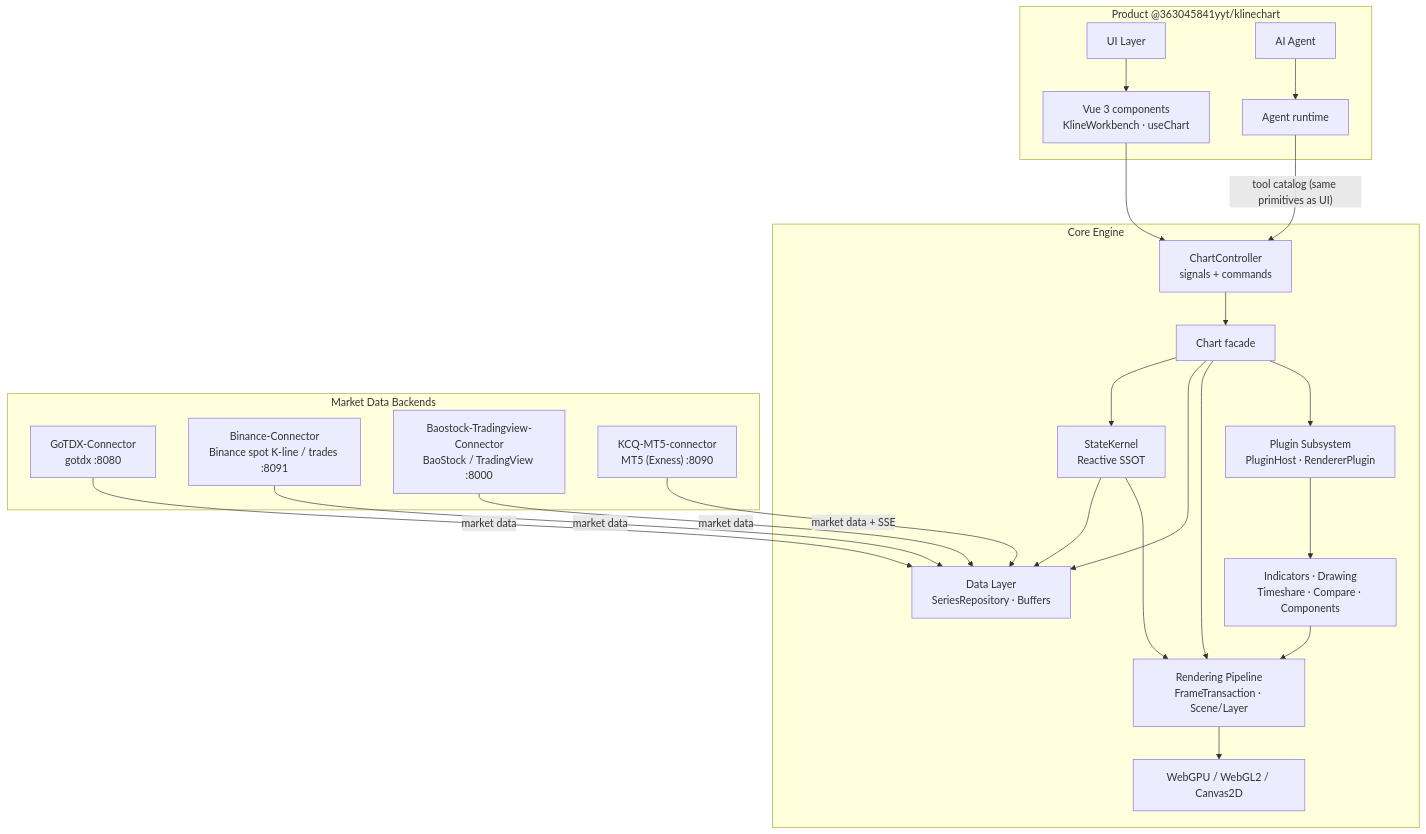
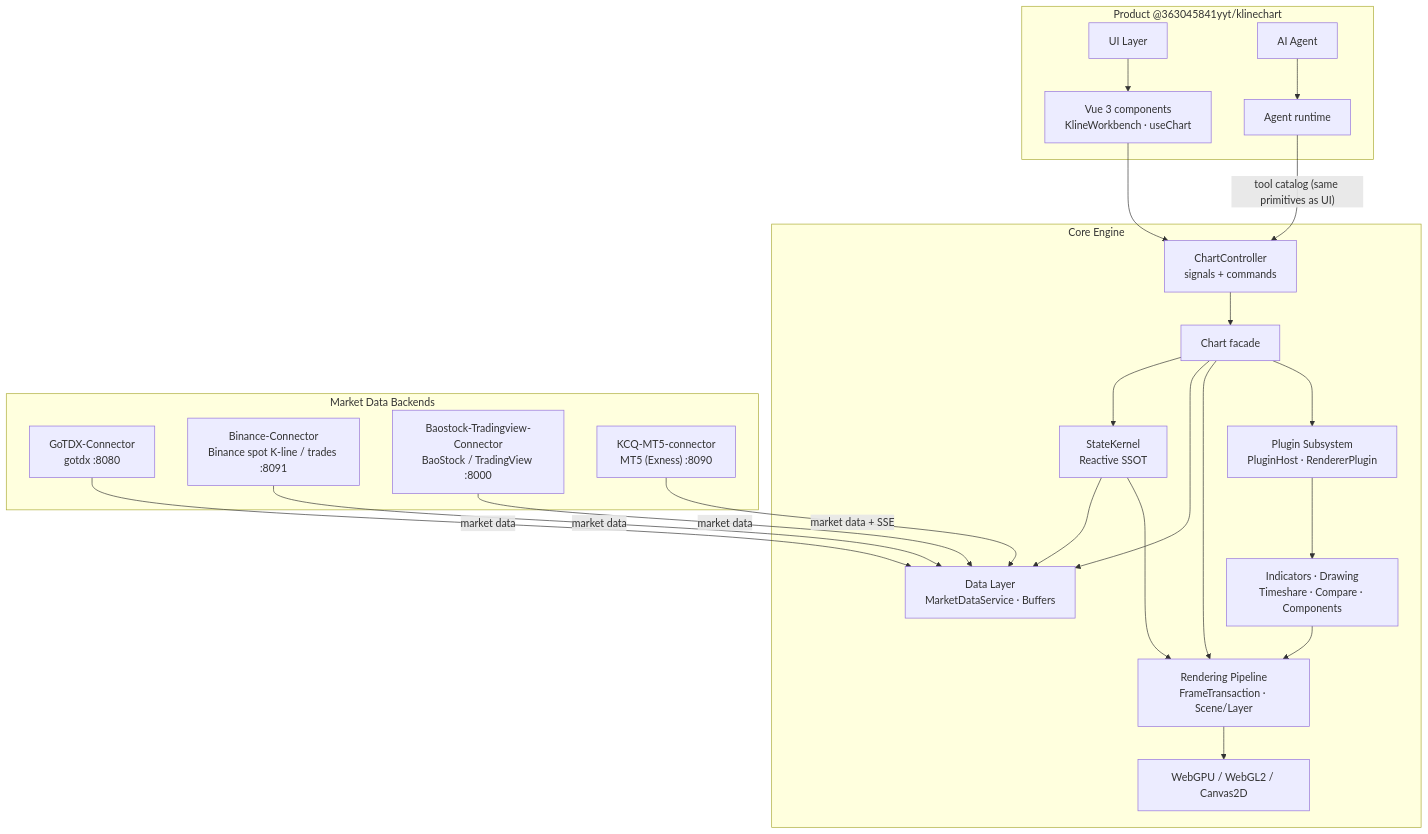
Before and after one commit to 363045841/KLineChartQuant: the diagram in README.md, drawn with Mermaid. The commit also changed other lines of this file and 152 other files, not shown here.

````diff
--- a/README.md
+++ b/README.md
@@ -87,46 +87,46 @@
 ```mermaid
 flowchart TB
     subgraph app["Product @363045841yyt/klinechart"]
         UI["UI Layer"]
         VuePkg["Vue 3 components<br/>KlineWorkbench · useChart"]
         Agent["AI Agent"]
         AgentRt["Agent runtime"]
     end
 
     subgraph core["Core Engine"]
         Ctl["ChartController<br/>signals + commands"]
         Chart["Chart facade"]
         Kernel["StateKernel<br/>Reactive SSOT"]
-        Data["Data Layer<br/>SeriesRepository · Buffers"]
+        Data["Data Layer<br/>MarketDataService · Buffers"]
         Pipe["Rendering Pipeline<br/>FrameTransaction · Scene/Layer"]
         GPU["WebGPU / WebGL2 / Canvas2D"]
         Plugin["Plugin Subsystem<br/>PluginHost · RendererPlugin"]
         Biz["Indicators · Drawing<br/>Timeshare · Compare · Components"]
     end
 
     subgraph conn["Market Data Backends"]
         Go["GoTDX-Connector<br/>gotdx :8080"]
         Bn["Binance-Connector<br/>Binance spot K-line / trades :8091"]
         Bs["Baostock-Tradingview-Connector<br/>BaoStock / TradingView :8000"]
         Mt["KCQ-MT5-connector<br/>MT5 (Exness) :8090"]
     end
 
     UI --> VuePkg
     Agent --> AgentRt
     VuePkg --> Ctl
     AgentRt -->|"tool catalog (same primitives as UI)"| Ctl
     Ctl --> Chart
     Chart --> Kernel
     Chart --> Data
     Chart --> Pipe
     Chart --> Plugin
     Plugin --> Biz
     Biz --> Pipe
     Pipe --> GPU
     Go -->|market data| Data
     Bn -->|market data| Data
     Bs -->|market data| Data
     Mt -->|"market data + SSE"| Data
     Kernel --> Data
     Kernel --> Pipe
 ```
````
